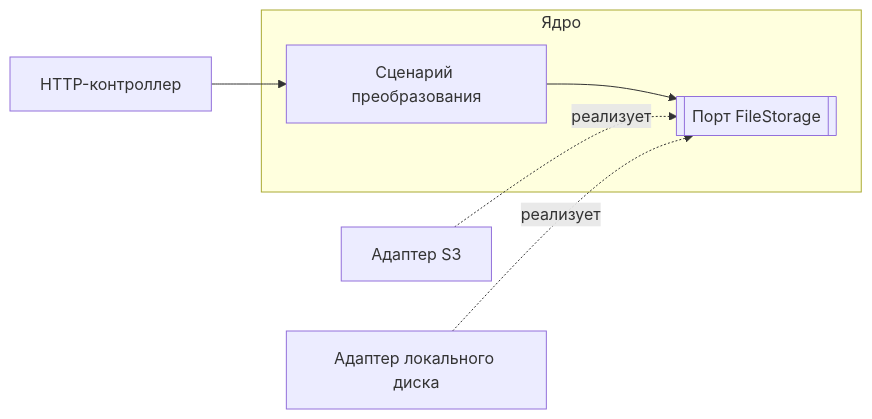
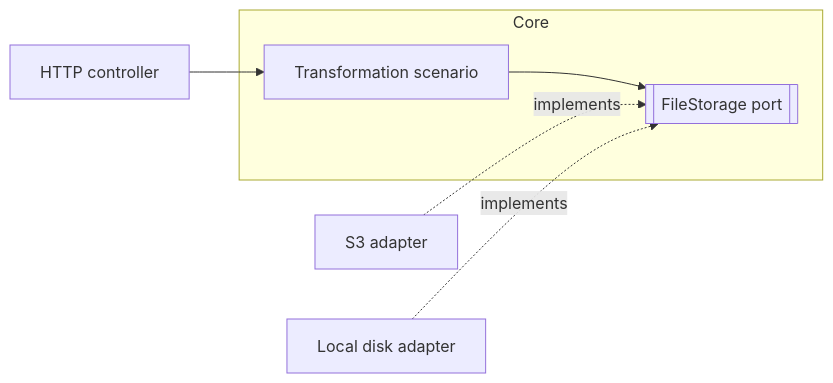
The fourth of 4 diagrams in courses-content/backend/A/1/en/0.3 Архитектуры Back End.md (pavel-skripko-innowise/inno-fe-be-a1), drawn with Mermaid before and after one commit. The commit also changed other lines of this file and 35 other files, not shown here.

````diff
--- a/courses-content/backend/A/1/en/0.3 Архитектуры Back End.md
+++ b/courses-content/backend/A/1/en/0.3 Архитектуры Back End.md
@@ -149,11 +149,11 @@
 ```mermaid
 flowchart LR
-  Http[HTTP-контроллер] --> UseCase
-  subgraph Core [Ядро]
-    UseCase[Сценарий преобразования]
-    StoragePort[[Порт FileStorage]]
+  Http[HTTP controller] --> UseCase
+  subgraph Core [Core]
+    UseCase[Transformation scenario]
+    StoragePort[[FileStorage port]]
     UseCase --> StoragePort
   end
-  S3[Адаптер S3] -.->|реализует| StoragePort
-  Disk[Адаптер локального диска] -.->|реализует| StoragePort
+  S3[S3 adapter] -.->|implements| StoragePort
+  Disk[Local disk adapter] -.->|implements| StoragePort
 ```
````
